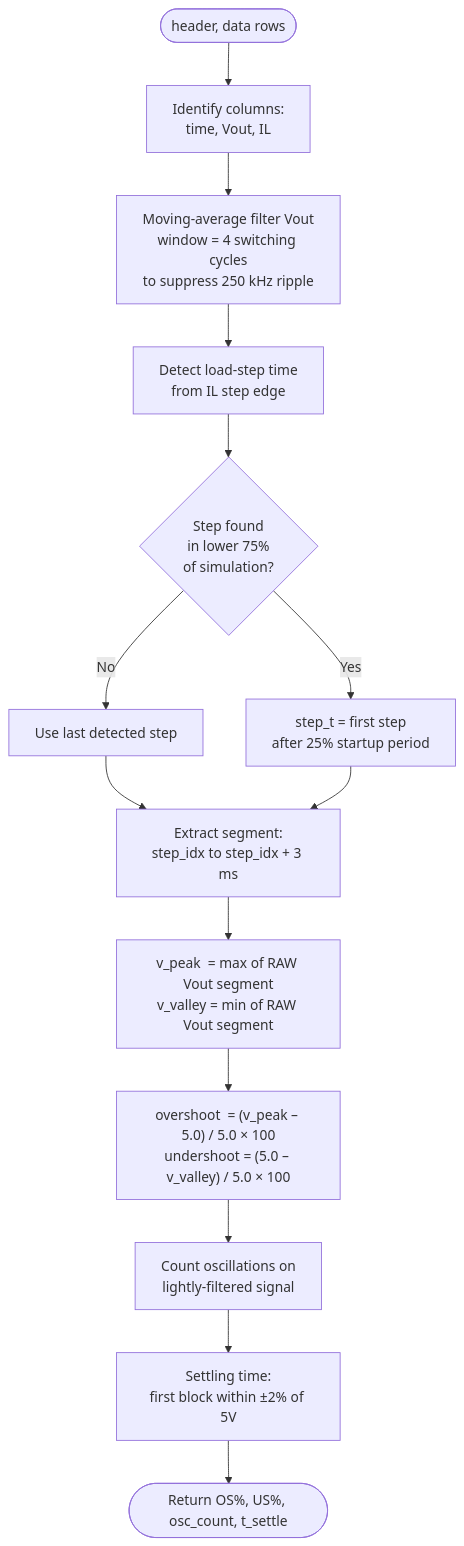
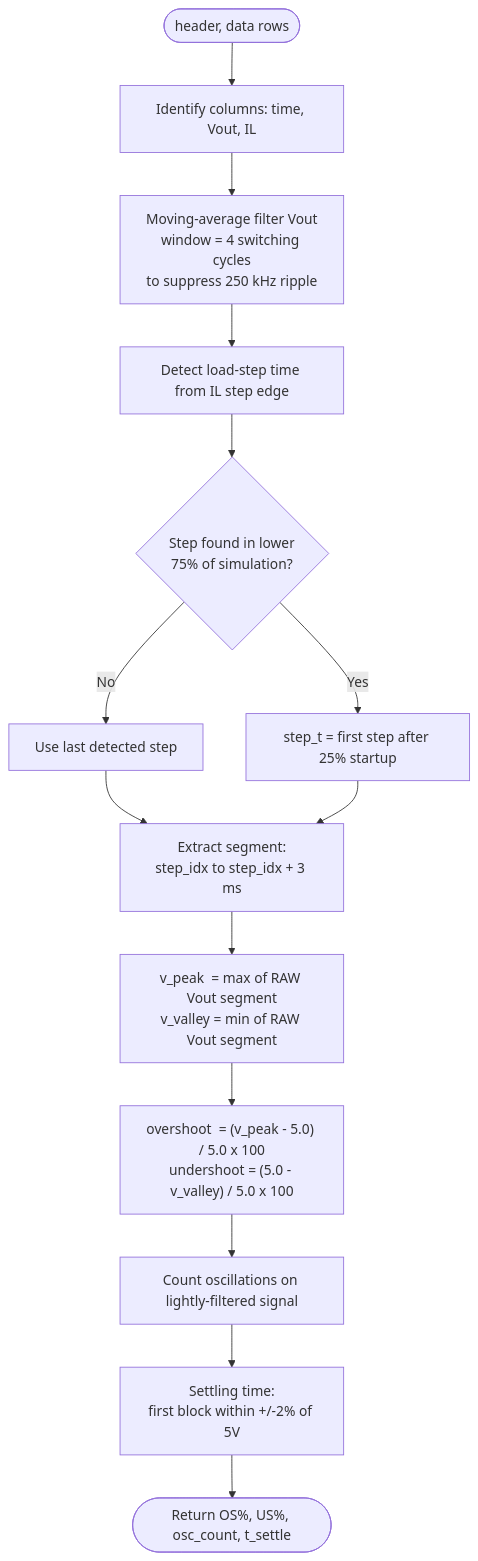
One commit to mianliao2000/plecs-pid-autotuner changed the third of 5 diagrams in README.md. Above: the diagram before and after it, drawn with Mermaid. The commit also changed other lines of this file, not shown here.

Commit message:
Fix Mermaid flowcharts: replace Unicode symbols with plain ASCII

````diff
--- a/README.md
+++ b/README.md
@@ -224,16 +223,16 @@
 ```mermaid
 flowchart TD
-    A([header, data rows]) --> B[Identify columns:\ntime, Vout, IL]
-    B --> C[Moving-average filter Vout\nwindow = 4 switching cycles\nto suppress 250 kHz ripple]
-    C --> D[Detect load-step time\nfrom IL step edge]
-    D --> E{Step found\nin lower 75%\nof simulation?}
+    A([header, data rows]) --> B["Identify columns: time, Vout, IL"]
+    B --> C["Moving-average filter Vout\nwindow = 4 switching cycles\nto suppress 250 kHz ripple"]
+    C --> D["Detect load-step time from IL step edge"]
+    D --> E{"Step found in lower\n75% of simulation?"}
     E -- No --> F[Use last detected step]
-    E -- Yes --> G[step_t = first step\nafter 25% startup period]
+    E -- Yes --> G["step_t = first step after 25% startup"]
     F --> H
-    G --> H[Extract segment:\nstep_idx to step_idx + 3 ms]
+    G --> H["Extract segment:\nstep_idx to step_idx + 3 ms"]
     H --> I["v_peak  = max of RAW Vout segment\nv_valley = min of RAW Vout segment"]
-    I --> J["overshoot  = (v_peak – 5.0) / 5.0 × 100\nundershoot = (5.0 – v_valley) / 5.0 × 100"]
-    J --> K[Count oscillations on\nlightly-filtered signal]
-    K --> L[Settling time:\nfirst block within ±2% of 5V]
+    I --> J["overshoot  = (v_peak - 5.0) / 5.0 x 100\nundershoot = (5.0 - v_valley) / 5.0 x 100"]
+    J --> K["Count oscillations on lightly-filtered signal"]
+    K --> L["Settling time:\nfirst block within +/-2% of 5V"]
     L --> M([Return OS%, US%, osc_count, t_settle])
 ```
````
